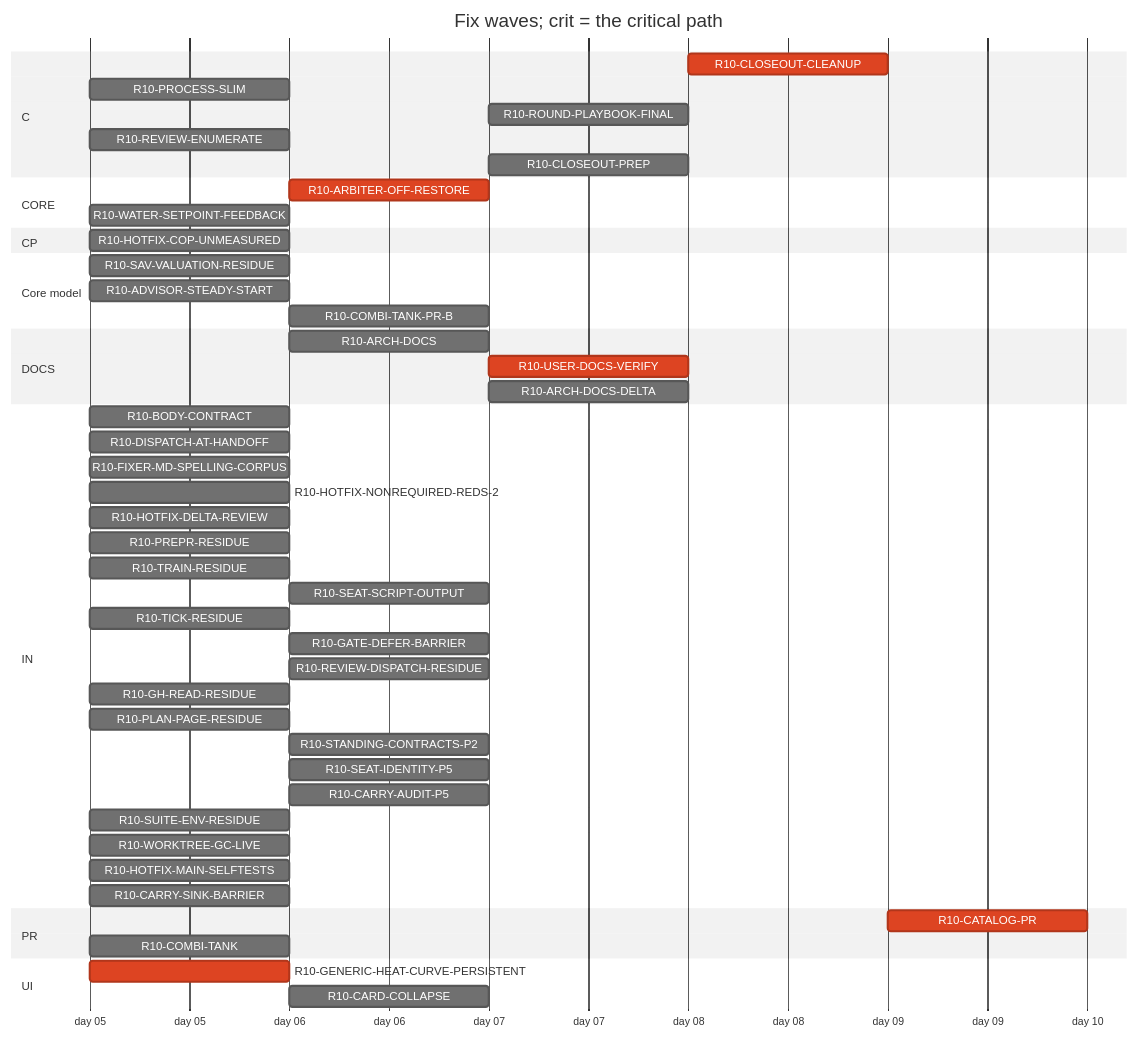
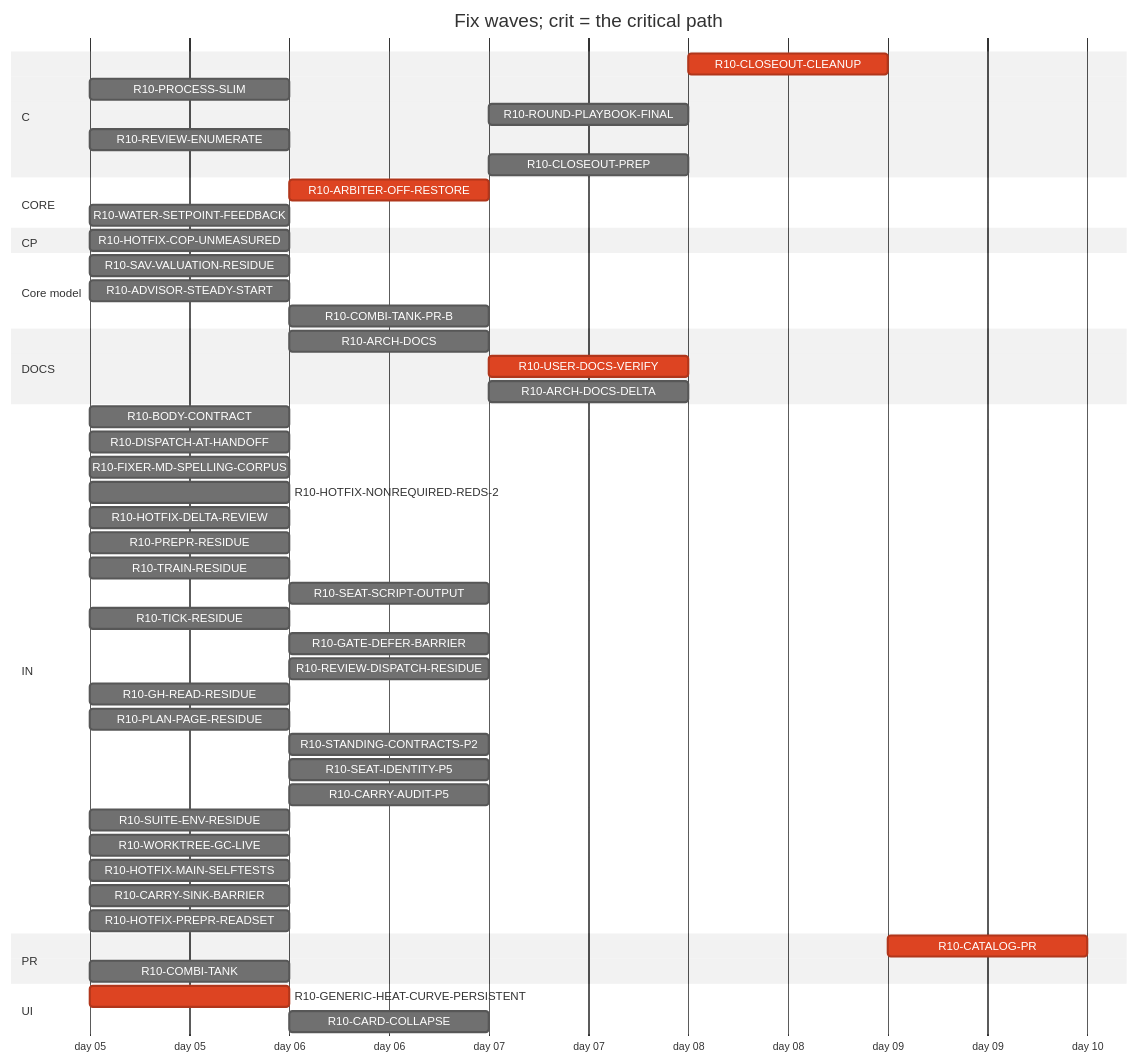
Before and after one commit to tvofi/heatpump_optimizer: the diagram in handoff/round10/state/PLAN-TABLE.md, drawn with Mermaid (neutral theme). The commit also changed other lines of this file and 3 other files, not shown here.

Commit message:
state: FLOW-BOARD.md, NEXT-SESSION-PROMPT.md, PLAN-TABLE.md, RESUME-CURRENT.md regenerated (state_docs.py)

````diff
--- a/handoff/round10/state/PLAN-TABLE.md
+++ b/handoff/round10/state/PLAN-TABLE.md
@@ -21,52 +21,53 @@
 ```mermaid
 gantt
   title Fix waves; crit = the critical path
   dateFormat YYYY-MM-DD
   axisFormat day %d
   section C
     R10-CLOSEOUT-CLEANUP :crit, r10CLOSEOUTCLEANUP, after r10ARCHDOCS r10USERDOCSVERIFY r10ROUNDPLAYBOOKFINAL r10CLOSEOUTPREP r10ARCHDOCSDELTA, 1d
     R10-PROCESS-SLIM :r10PROCESSSLIM, 2026-01-05, 1d
     R10-ROUND-PLAYBOOK-FINAL :r10ROUNDPLAYBOOKFINAL, after r10DISPATCHATHANDOFF r10BODYCONTRACT r10PROCESSSLIM r10FIXERMDSPELLINGCORPUS r10PREPRRESIDUE r10SEATSCRIPTOUTPUT r10REVIEWDISPATCHRESIDUE r10CARRYAUDITP5 r10TICKRESIDUE r10SEATIDENTITYP5 r10STANDINGCONTRACTSP2 r10PLANPAGERESIDUE r10TRAINRESIDUE r10GHREADRESIDUE r10SUITEENVRESIDUE r10GATEDEFERBARRIER r10WORKTREEGCLIVE, 1d
     R10-REVIEW-ENUMERATE :r10REVIEWENUMERATE, 2026-01-05, 1d
     R10-CLOSEOUT-PREP :r10CLOSEOUTPREP, after r10ARCHDOCS r10DISPATCHATHANDOFF r10BODYCONTRACT r10PROCESSSLIM r10FIXERMDSPELLINGCORPUS r10PREPRRESIDUE r10SEATSCRIPTOUTPUT r10REVIEWDISPATCHRESIDUE r10CARRYAUDITP5 r10TICKRESIDUE r10SEATIDENTITYP5 r10STANDINGCONTRACTSP2 r10PLANPAGERESIDUE r10TRAINRESIDUE r10GHREADRESIDUE r10SUITEENVRESIDUE r10GATEDEFERBARRIER r10WORKTREEGCLIVE, 1d
   section CORE
     R10-ARBITER-OFF-RESTORE :crit, r10ARBITEROFFRESTORE, after r10GENERICHEATCURVEPERSISTENT r10WATERSETPOINTFEEDBACK, 1d
     R10-WATER-SETPOINT-FEEDBACK :r10WATERSETPOINTFEEDBACK, 2026-01-05, 1d
   section CP
     R10-HOTFIX-COP-UNMEASURED :r10HOTFIXCOPUNMEASURED, 2026-01-05, 1d
   section Core model
     R10-SAV-VALUATION-RESIDUE :r10SAVVALUATIONRESIDUE, 2026-01-05, 1d
     R10-ADVISOR-STEADY-START :r10ADVISORSTEADYSTART, 2026-01-05, 1d
     R10-COMBI-TANK-PR-B :r10COMBITANKPRB, after r10COMBITANK, 1d
   section DOCS
     R10-ARCH-DOCS :r10ARCHDOCS, after r10DISPATCHATHANDOFF r10BODYCONTRACT r10PROCESSSLIM, 1d
     R10-USER-DOCS-VERIFY :crit, r10USERDOCSVERIFY, after r10HOTFIXCOPUNMEASURED r10GENERICHEATCURVEPERSISTENT r10ARBITEROFFRESTORE r10COMBITANK, 1d
     R10-ARCH-DOCS-DELTA :r10ARCHDOCSDELTA, after r10ARCHDOCS r10HOTFIXCOPUNMEASURED r10GENERICHEATCURVEPERSISTENT r10ARBITEROFFRESTORE r10COMBITANK r10SAVVALUATIONRESIDUE r10ADVISORSTEADYSTART r10COMBITANKPRB, 1d
   section IN
     R10-BODY-CONTRACT :r10BODYCONTRACT, 2026-01-05, 1d
     R10-DISPATCH-AT-HANDOFF :r10DISPATCHATHANDOFF, 2026-01-05, 1d
     R10-FIXER-MD-SPELLING-CORPUS :r10FIXERMDSPELLINGCORPUS, 2026-01-05, 1d
     R10-HOTFIX-NONREQUIRED-REDS-2 :r10HOTFIXNONREQUIREDREDS2, 2026-01-05, 1d
     R10-HOTFIX-DELTA-REVIEW :r10HOTFIXDELTAREVIEW, 2026-01-05, 1d
     R10-PREPR-RESIDUE :r10PREPRRESIDUE, 2026-01-05, 1d
     R10-TRAIN-RESIDUE :r10TRAINRESIDUE, 2026-01-05, 1d
     R10-SEAT-SCRIPT-OUTPUT :r10SEATSCRIPTOUTPUT, after r10TRAINRESIDUE, 1d
     R10-TICK-RESIDUE :r10TICKRESIDUE, 2026-01-05, 1d
     R10-GATE-DEFER-BARRIER :r10GATEDEFERBARRIER, after r10TRAINRESIDUE r10TICKRESIDUE, 1d
     R10-REVIEW-DISPATCH-RESIDUE :r10REVIEWDISPATCHRESIDUE, after r10DISPATCHATHANDOFF r10REVIEWENUMERATE r10HOTFIXDELTAREVIEW r10PROCESSSLIM, 1d
     R10-GH-READ-RESIDUE :r10GHREADRESIDUE, 2026-01-05, 1d
     R10-PLAN-PAGE-RESIDUE :r10PLANPAGERESIDUE, 2026-01-05, 1d
     R10-STANDING-CONTRACTS-P2 :r10STANDINGCONTRACTSP2, after r10FIXERMDSPELLINGCORPUS, 1d
     R10-SEAT-IDENTITY-P5 :r10SEATIDENTITYP5, after r10TICKRESIDUE, 1d
     R10-CARRY-AUDIT-P5 :r10CARRYAUDITP5, after r10BODYCONTRACT, 1d
     R10-SUITE-ENV-RESIDUE :r10SUITEENVRESIDUE, 2026-01-05, 1d
     R10-WORKTREE-GC-LIVE :r10WORKTREEGCLIVE, 2026-01-05, 1d
     R10-HOTFIX-MAIN-SELFTESTS :r10HOTFIXMAINSELFTESTS, 2026-01-05, 1d
     R10-CARRY-SINK-BARRIER :r10CARRYSINKBARRIER, 2026-01-05, 1d
+    R10-HOTFIX-PREPR-READSET :r10HOTFIXPREPRREADSET, 2026-01-05, 1d
   section PR
     R10-CATALOG-PR :crit, r10CATALOGPR, after r10USERDOCSVERIFY r10ARCHDOCS r10ROUNDPLAYBOOKFINAL r10CLOSEOUTCLEANUP r10CLOSEOUTPREP r10ARCHDOCSDELTA, 1d
     R10-COMBI-TANK :r10COMBITANK, 2026-01-05, 1d
   section UI
     R10-GENERIC-HEAT-CURVE-PERSISTENT :crit, r10GENERICHEATCURVEPERSISTENT, 2026-01-05, 1d
     R10-CARD-COLLAPSE :r10CARDCOLLAPSE, after r10HOTFIXCOPUNMEASURED, 1d
 ```
````
